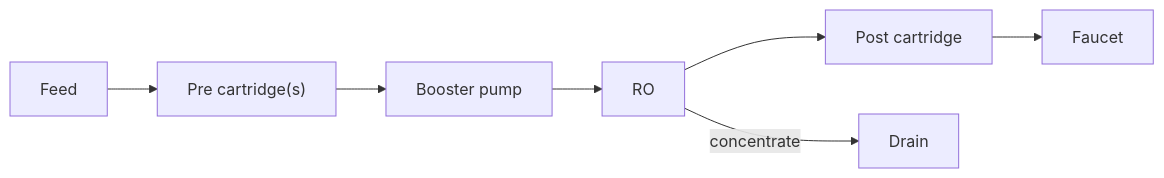
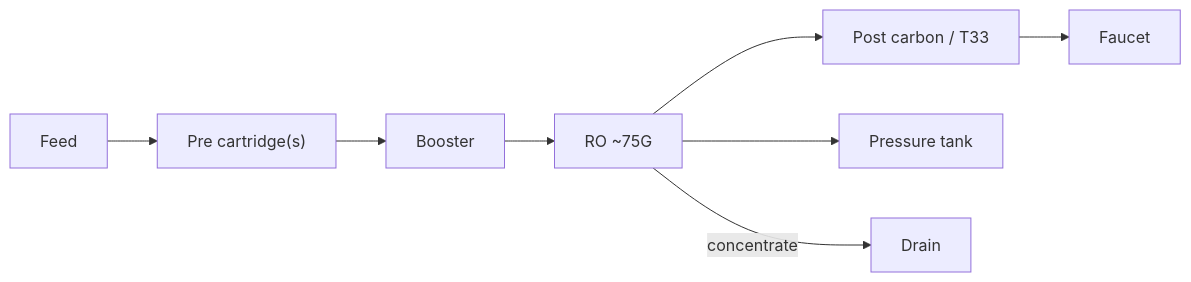
One commit to BassShang/diy-ro-water-purifier changed the diagram in research/videos/19-BV1wDdGYXEPt.md. Above: the diagram before and after it, drawn with Mermaid. The commit also changed other lines of this file and 1 other file, not shown here.

````diff
--- a/research/videos/19-BV1wDdGYXEPt.md
+++ b/research/videos/19-BV1wDdGYXEPt.md
@@ -25,5 +30,6 @@
 ```mermaid
 flowchart LR
-  IN["Feed"] --> PRE["Pre cartridge(s)"] --> PUMP["Booster pump"] --> RO["RO"] --> POST["Post cartridge"] --> F["Faucet"]
+  IN["Feed"] --> PRE["Pre cartridge(s)"] --> PUMP["Booster"] --> RO["RO ~75G"] --> POST["Post carbon / T33"] --> F["Faucet"]
+  RO --> TANK["Pressure tank"]
   RO -- concentrate --> DR["Drain"]
 ```
````
